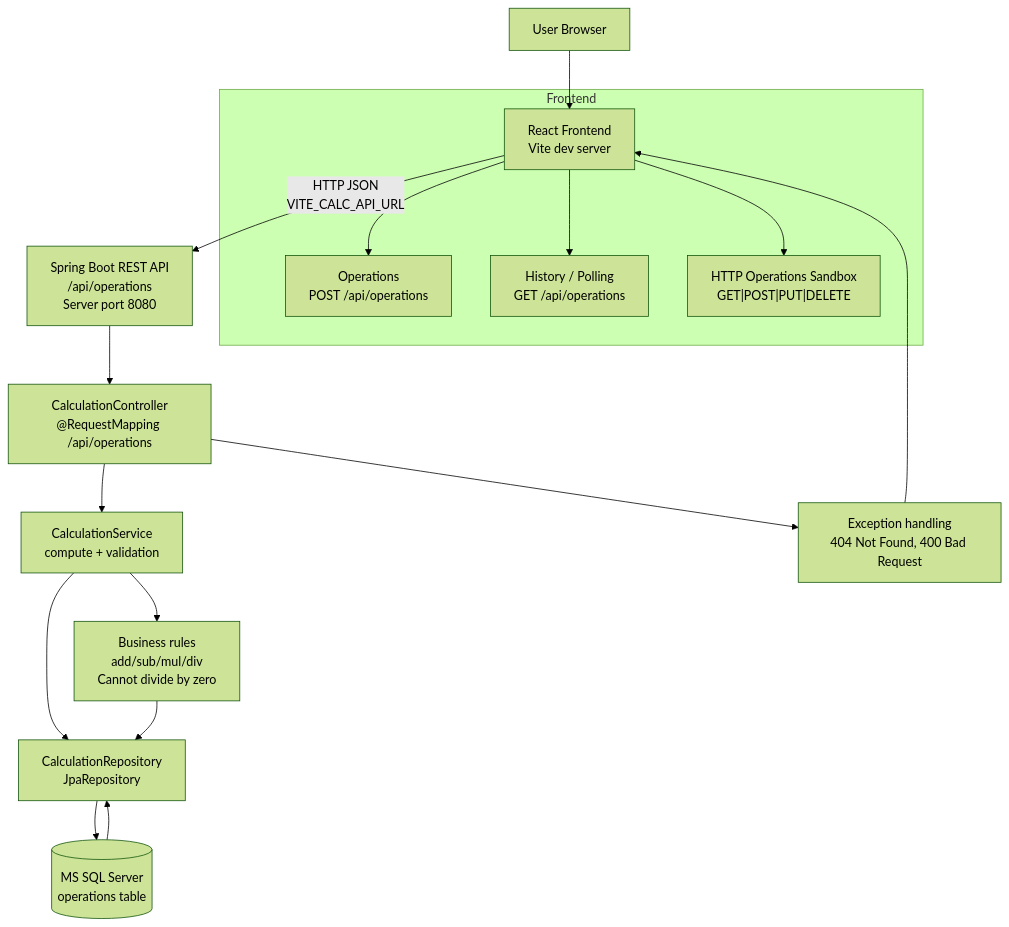
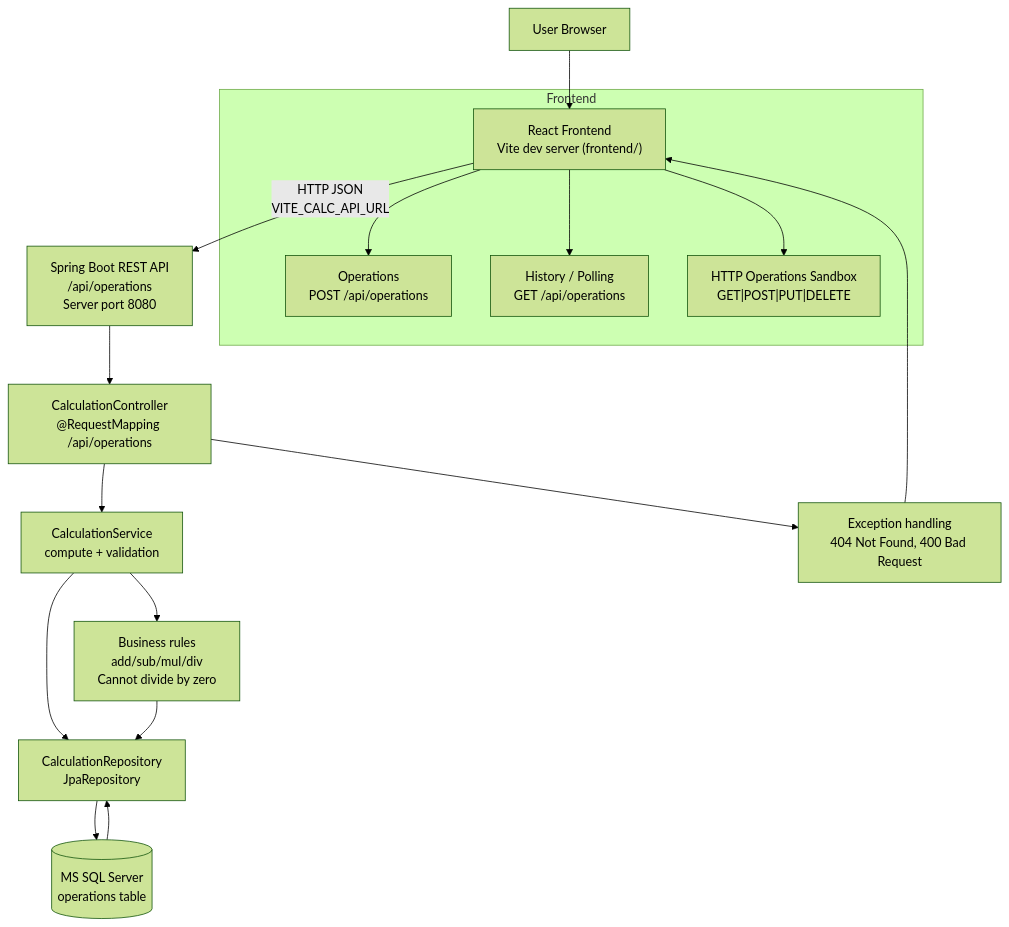
The diagram in docs/architecture.mmd (kkmadiraju/my-react-app), drawn with Mermaid (forest theme) before and after one commit. The commit also changed 17 other files, not shown here.

```diff
--- a/docs/architecture.mmd
+++ b/docs/architecture.mmd
@@ -1,20 +1,20 @@
 flowchart TB
-  User["User Browser"] --> FE["React Frontend\nVite dev server"]
+  User["User Browser"] --> FE["React Frontend\nVite dev server (frontend/)"]
   FE -->|HTTP JSON\nVITE_CALC_API_URL| API["Spring Boot REST API\n/api/operations\nServer port 8080"]
 
   subgraph Frontend
     FE --> FE_OPS["Operations\nPOST /api/operations"]
     FE --> FE_LIST["History / Polling\nGET /api/operations"]
     FE --> FE_HTTP["HTTP Operations Sandbox\nGET|POST|PUT|DELETE"]
   end
 
   API --> CTRL["CalculationController\n@RequestMapping /api/operations"]
   CTRL --> SVC["CalculationService\ncompute + validation"]
   SVC --> REPO["CalculationRepository\nJpaRepository"]
   REPO --> DB[("MS SQL Server\noperations table")]
 
   SVC --> E1["Business rules\nadd/sub/mul/div\nCannot divide by zero"]
   E1 --> REPO
   CTRL --> ERR["Exception handling\n404 Not Found, 400 Bad Request"]
   ERR --> FE
   DB --> REPO
```
